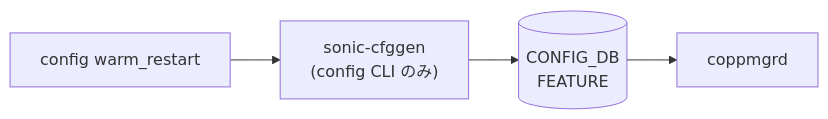
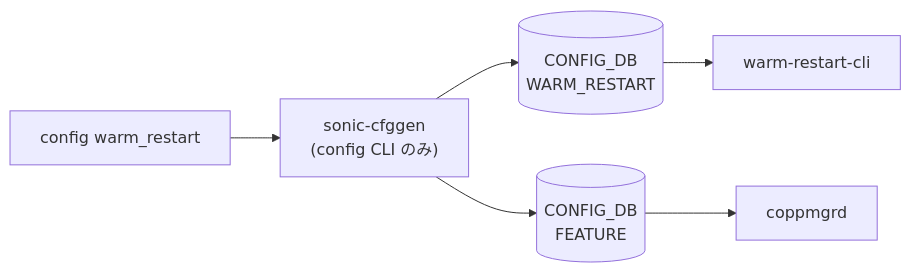
The diagram in docs/reference/cli/config-warm_restart.md (aoki-taquan/sonic-unofficial-docs), drawn with Mermaid before and after one commit. The commit also changed 76 other files, not shown here.

First line of the commit message:
chore: expand CDB/CLI mermaid coverage to 119/122 and 52/73

````diff
--- a/docs/reference/cli/config-warm_restart.md
+++ b/docs/reference/cli/config-warm_restart.md
@@ -68,10 +68,14 @@
 ```mermaid
 flowchart LR
   CLI["config warm_restart"]
   SC["sonic-cfggen<br/>(config CLI のみ)"]
   CLI --> SC
-  CDB0[("CONFIG_DB<br/>FEATURE")]
+  CDB0[("CONFIG_DB<br/>WARM_RESTART")]
   SC --> CDB0
-  DM0["coppmgrd"]
+  DM0["warm-restart-cli"]
   CDB0 --> DM0
+  CDB1[("CONFIG_DB<br/>FEATURE")]
+  SC --> CDB1
+  DM1["coppmgrd"]
+  CDB1 --> DM1
 ```
````
